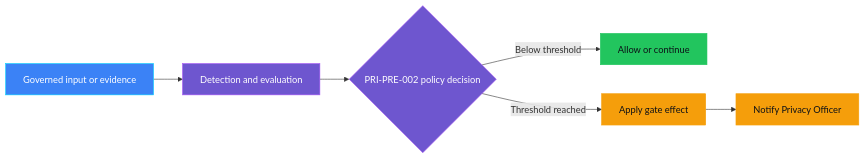
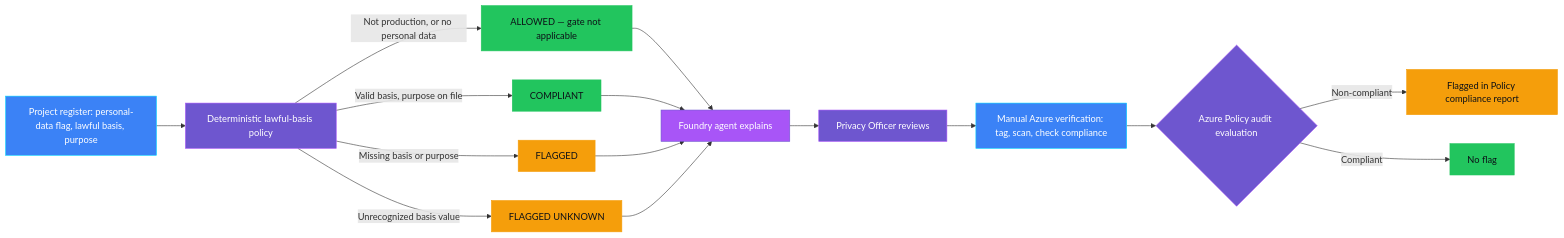
The first of 2 diagrams in controls/privacy/PRI-PRE-002_lawful_basis_or_purpose_missing/README.md (doruit/forged-with-foundry), drawn with Mermaid before and after one commit. The commit also changed other lines of this file and 30 other files, not shown here.

First line of the commit message:
feat: Implement PRI-PRE-002 lawful basis or purpose control

````diff
--- a/controls/privacy/PRI-PRE-002_lawful_basis_or_purpose_missing/README.md
+++ b/controls/privacy/PRI-PRE-002_lawful_basis_or_purpose_missing/README.md
@@ -41,17 +84,28 @@
 ```mermaid
 flowchart LR
-    I[Governed input or evidence] --> D[Detection and evaluation]
-    D --> P{PRI-PRE-002 policy decision}
-    P -->|Below threshold| A[Allow or continue]
-    P -->|Threshold reached| E[Apply gate effect]
-    E --> O[Notify Privacy Officer]
+  S[Project register: personal-data flag, lawful basis, purpose] --> P[Deterministic lawful-basis policy]
+  P -->|Not production, or no personal data| A[ALLOWED — gate not applicable]
+  P -->|Valid basis, purpose on file| C[COMPLIANT]
+  P -->|Missing basis or purpose| F[FLAGGED]
+  P -->|Unrecognized basis value| X[FLAGGED UNKNOWN]
+  A --> G[Foundry agent explains]
+  C --> G
+  F --> G
+  X --> G
+  G --> D[Privacy Officer reviews]
+  D --> M[Manual Azure verification: tag, scan, check compliance]
+  M --> Z{Azure Policy audit evaluation}
+  Z -->|Non-compliant| E1[Flagged in Policy compliance report]
+  Z -->|Compliant| E2[No flag]
 
     classDef governance fill:#6E56CF,stroke:#A855F7,color:#FFFFFF
     classDef platform fill:#3B82F6,stroke:#00D4FF,color:#FFFFFF
+    classDef intelligence fill:#A855F7,stroke:#6E56CF,color:#FFFFFF
     classDef success fill:#22C55E,stroke:#22C55E,color:#0D1117
     classDef attention fill:#F59E0B,stroke:#F59E0B,color:#0D1117
-    class D,P governance
-    class I platform
-    class A success
-    class E,O attention
+    class S,M platform
+    class P,D,Z governance
+    class G intelligence
+    class A,C,E2 success
+    class F,X,E1 attention
 ```
````
